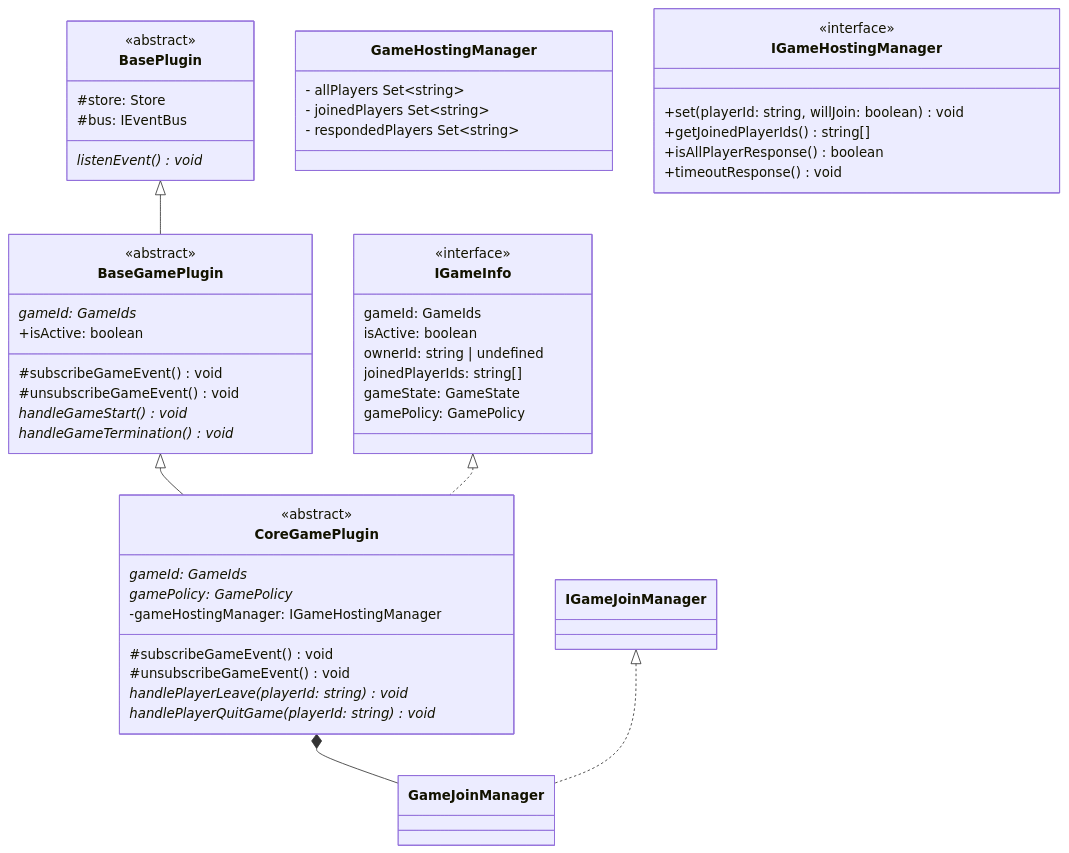
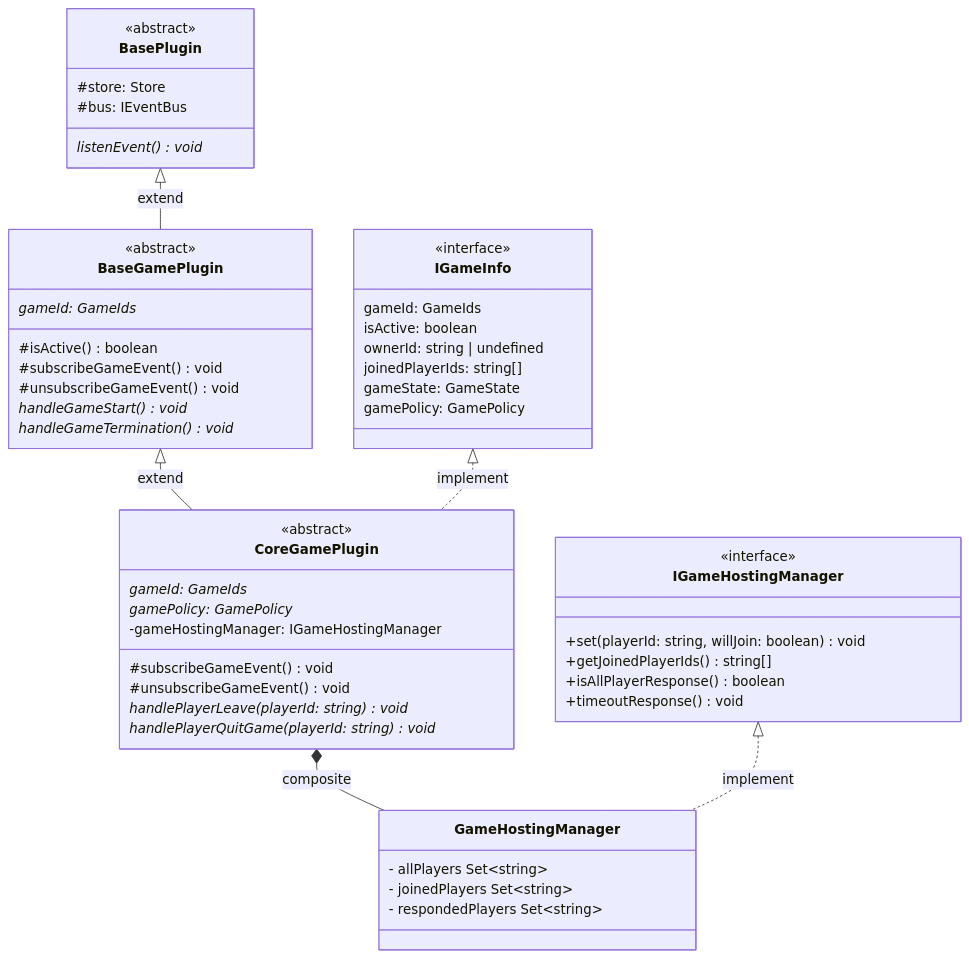
The diagram in churaverse-plugins-server/src/gamePlugin/gamePluginClass.md (churadata/churaverse-plugins), drawn with Mermaid before and after one commit. The commit also changed 1 other file, not shown here.

Commit message:
クラス図の更新

````diff
--- a/churaverse-plugins-server/src/gamePlugin/gamePluginClass.md
+++ b/churaverse-plugins-server/src/gamePlugin/gamePluginClass.md
@@ -5,64 +5,64 @@
 ```mermaid
 classDiagram
-    BasePlugin <|-- BaseGamePlugin
-    BaseGamePlugin <|-- CoreGamePlugin
-    IGameInfo <|.. CoreGamePlugin
-    CoreGamePlugin *-- GameJoinManager
-    IGameJoinManager <|.. GameJoinManager
+    BasePlugin <|-- BaseGamePlugin : extend
+    BaseGamePlugin <|-- CoreGamePlugin : extend
+    IGameInfo <|.. CoreGamePlugin : implement
+    CoreGamePlugin *-- GameHostingManager : composite
+    IGameHostingManager <|.. GameHostingManager : implement
 
     class BasePlugin {
         <<abstract>>
         #store: Store<Scene>
         #bus: IEventBus<Scene>
 
         listenEvent() void *
     }
 
     class IGameInfo {
         <<interface>>
         gameId: GameIds
         isActive: boolean
         ownerId: string | undefined
         joinedPlayerIds: string[]
         gameState: GameState
         gamePolicy: GamePolicy
     }
 
     class BaseGamePlugin {
         <<abstract>>
         gameId: GameIds * 
-        +isActive: boolean
 
+        #isActive() boolean
         #subscribeGameEvent() void
         #unsubscribeGameEvent() void
         handleGameStart() void *
         handleGameTermination() void *
     }
 
     class CoreGamePlugin {
         <<abstract>>
         gameId: GameIds *
         gamePolicy: GamePolicy *
         -gameHostingManager: IGameHostingManager
 
         #subscribeGameEvent() void
         #unsubscribeGameEvent() void
         handlePlayerLeave(playerId: string) void *
         handlePlayerQuitGame(playerId: string) void *
     }
 
     class GameHostingManager {
         - allPlayers Set~string~
         - joinedPlayers Set~string~
         - respondedPlayers Set~string~
     }
 
     class IGameHostingManager {
         <<interface>>
 
         +set(playerId: string, willJoin: boolean) void
         +getJoinedPlayerIds() string[]
         +isAllPlayerResponse() boolean
         +timeoutResponse() void
     }
 ```
````
